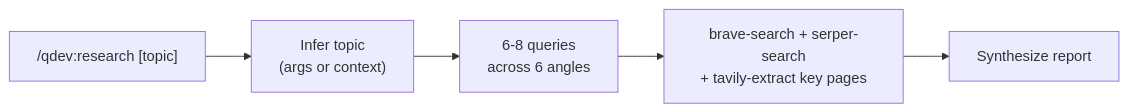
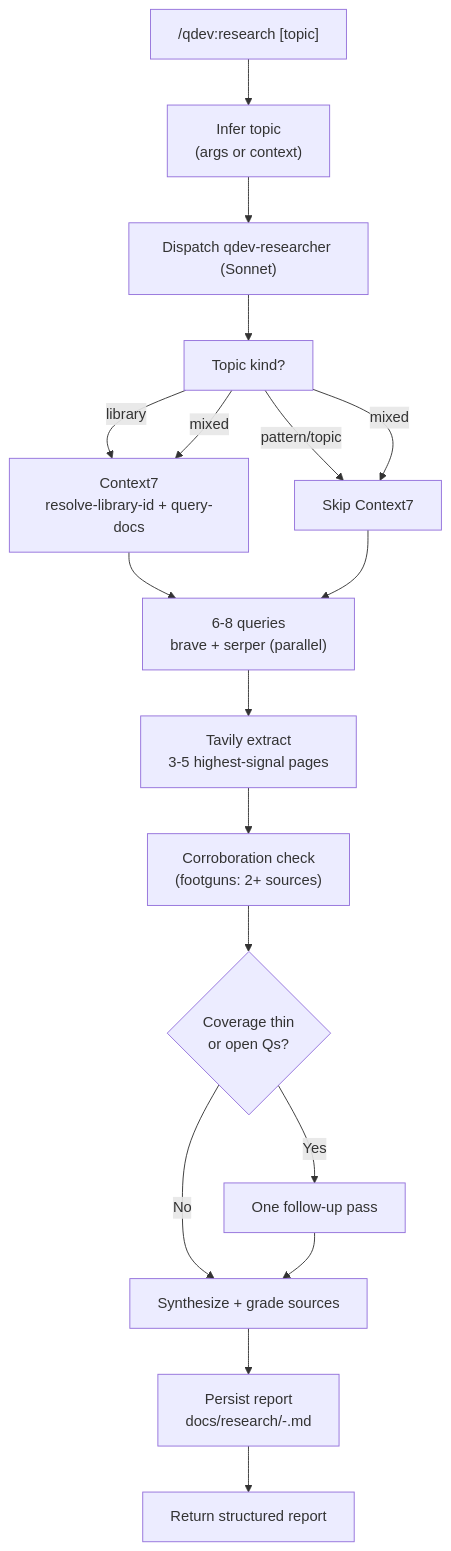
One commit to L3DigitalNet/Claude-Code-Plugins changed the second of 2 diagrams in plugins/qdev/README.md. Above: the diagram before and after it, drawn with Mermaid. The commit also changed other lines of this file, not shown here.

First line of the commit message:
qdev: README — document qdev-researcher and handoff protocol

````diff
--- a/plugins/qdev/README.md
+++ b/plugins/qdev/README.md
@@ -57,7 +57,20 @@
 ```mermaid
-flowchart LR
+flowchart TD
     A["/qdev:research [topic]"] --> B["Infer topic<br/>(args or context)"]
-    B --> C["6-8 queries<br/>across 6 angles"]
-    C --> D["brave-search + serper-search<br/>+ tavily-extract key pages"]
-    D --> E["Synthesize report"]
+    B --> C["Dispatch qdev-researcher (Sonnet)"]
+    C --> D["Topic kind?"]
+    D -->|library| E["Context7<br/>resolve-library-id + query-docs"]
+    D -->|pattern/topic| F["Skip Context7"]
+    D -->|mixed| E
+    D -->|mixed| F
+    E --> G["6-8 queries<br/>brave + serper (parallel)"]
+    F --> G
+    G --> H["Tavily extract<br/>3-5 highest-signal pages"]
+    H --> I["Corroboration check<br/>(footguns: 2+ sources)"]
+    I --> J{"Coverage thin<br/>or open Qs?"}
+    J -->|Yes| K["One follow-up pass"]
+    J -->|No| L["Synthesize + grade sources"]
+    K --> L
+    L --> M["Persist report<br/>docs/research/<date>-<slug>.md"]
+    M --> N["Return structured report"]
 ```
````
